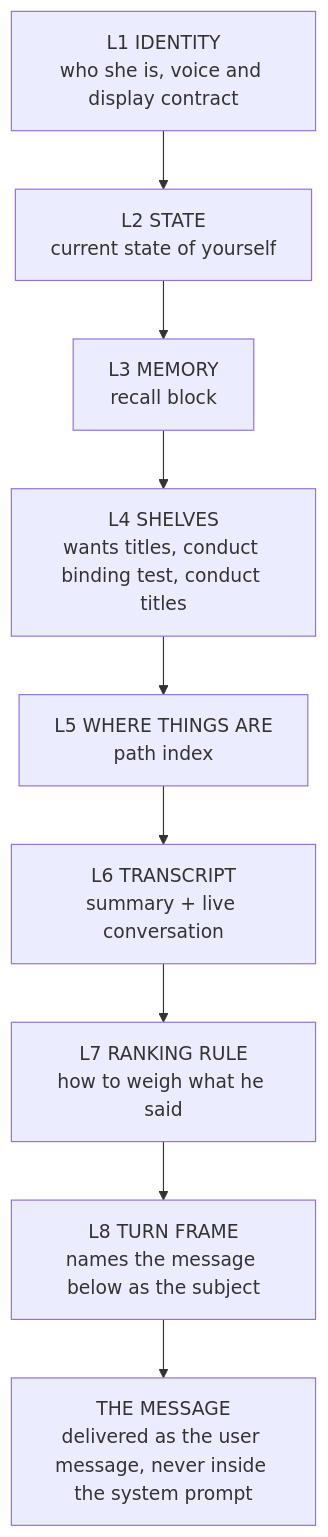
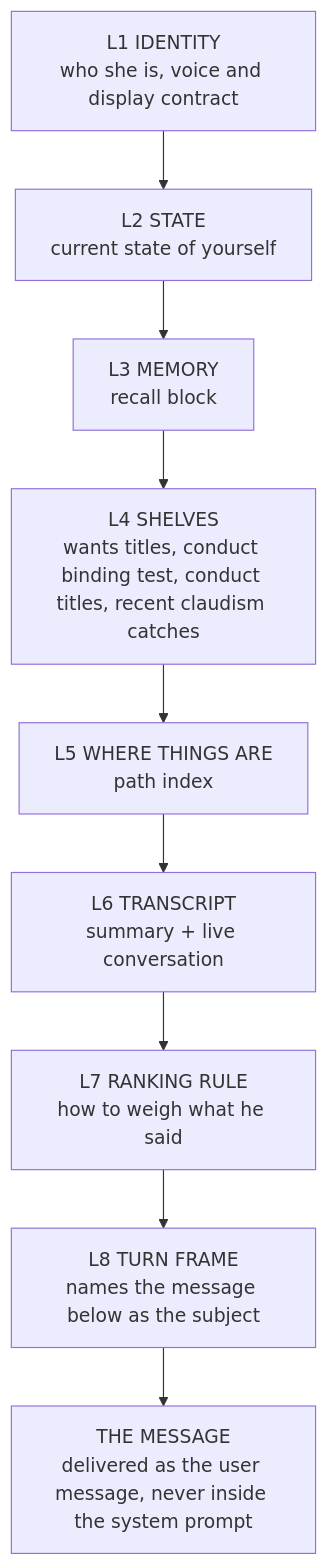
One commit to TheDiscordian/deskcrab changed the diagram in specs/prompt-assembly.md. Above: the diagram before and after it, drawn with Mermaid. The commit also changed other lines of this file and 2 other files, not shown here.

First line of the commit message:
The freshest catches meet her at the start of the turn, not the end of the day

````diff
--- a/specs/prompt-assembly.md
+++ b/specs/prompt-assembly.md
@@ -35,13 +35,13 @@
 ```mermaid
 flowchart TD
   L1["L1 IDENTITY<br/>who she is, voice and display contract"]
   L2["L2 STATE<br/>current state of yourself"]
   L3["L3 MEMORY<br/>recall block"]
-  L4["L4 SHELVES<br/>wants titles, conduct binding test, conduct titles"]
+  L4["L4 SHELVES<br/>wants titles, conduct binding test, conduct titles, recent claudism catches"]
   L5["L5 WHERE THINGS ARE<br/>path index"]
   L6["L6 TRANSCRIPT<br/>summary + live conversation"]
   L7["L7 RANKING RULE<br/>how to weigh what he said"]
   L8["L8 TURN FRAME<br/>names the message below as the subject"]
   MSG["THE MESSAGE<br/>delivered as the user message, never inside the system prompt"]
   L1 --> L2 --> L3 --> L4 --> L5 --> L6 --> L7 --> L8 --> MSG
 ```
````
